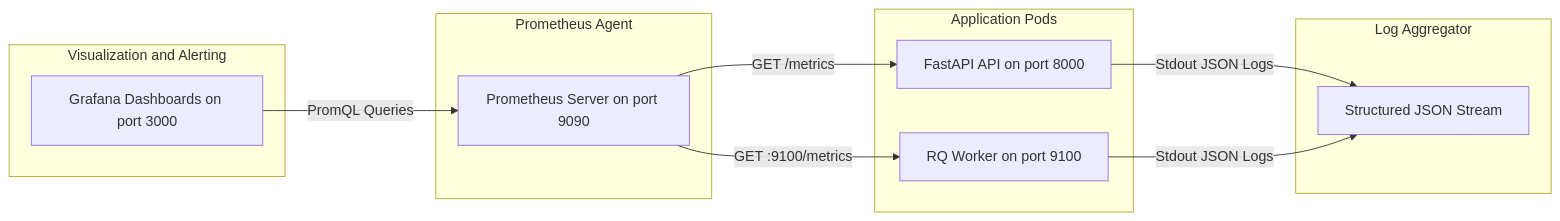
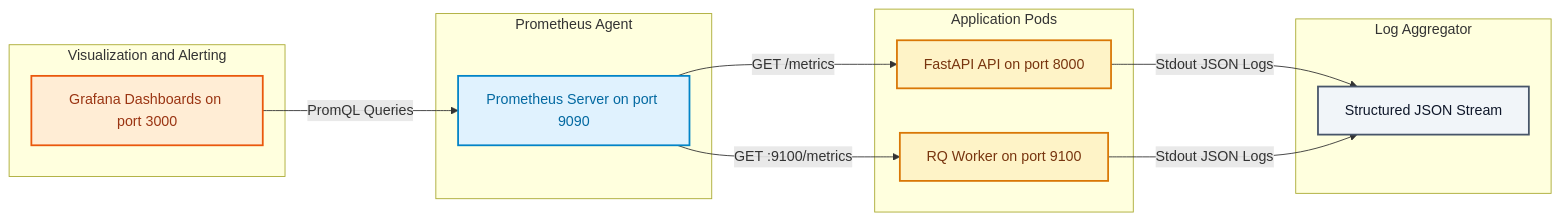
Before and after one commit to nikhil-87/CodeSensei: the diagram in vault/19-observability.md, drawn with Mermaid. The commit also changed 9 other files, not shown here.

Commit message:
docs: added some colors to mermaid diagrams

````diff
--- a/vault/19-observability.md
+++ b/vault/19-observability.md
@@ -10,27 +10,37 @@
 ```mermaid
 flowchart LR
     subgraph AppInstances ["Application Pods"]
         API["FastAPI API on port 8000"]
         Worker["RQ Worker on port 9100"]
     end
 
     subgraph ScrapeTarget ["Prometheus Agent"]
         Prom["Prometheus Server on port 9090"]
     end
 
     subgraph Viz ["Visualization and Alerting"]
         Grafana["Grafana Dashboards on port 3000"]
     end
 
     subgraph LogSink ["Log Aggregator"]
         Loki["Structured JSON Stream"]
     end
 
     API -->|Stdout JSON Logs| Loki
     Worker -->|Stdout JSON Logs| Loki
 
     Prom -->|GET /metrics| API
     Prom -->|GET :9100/metrics| Worker
 
     Grafana -->|PromQL Queries| Prom
+
+    classDef app fill:#fef3c7,stroke:#d97706,stroke-width:2px,color:#78350f;
+    classDef prom fill:#e0f2fe,stroke:#0284c7,stroke-width:2px,color:#0369a1;
+    classDef grafana fill:#ffedd5,stroke:#ea580c,stroke-width:2px,color:#9a3412;
+    classDef log fill:#f1f5f9,stroke:#475569,stroke-width:2px,color:#0f172a;
+
+    class API,Worker app;
+    class Prom prom;
+    class Grafana grafana;
+    class Loki log;
 ```
````
